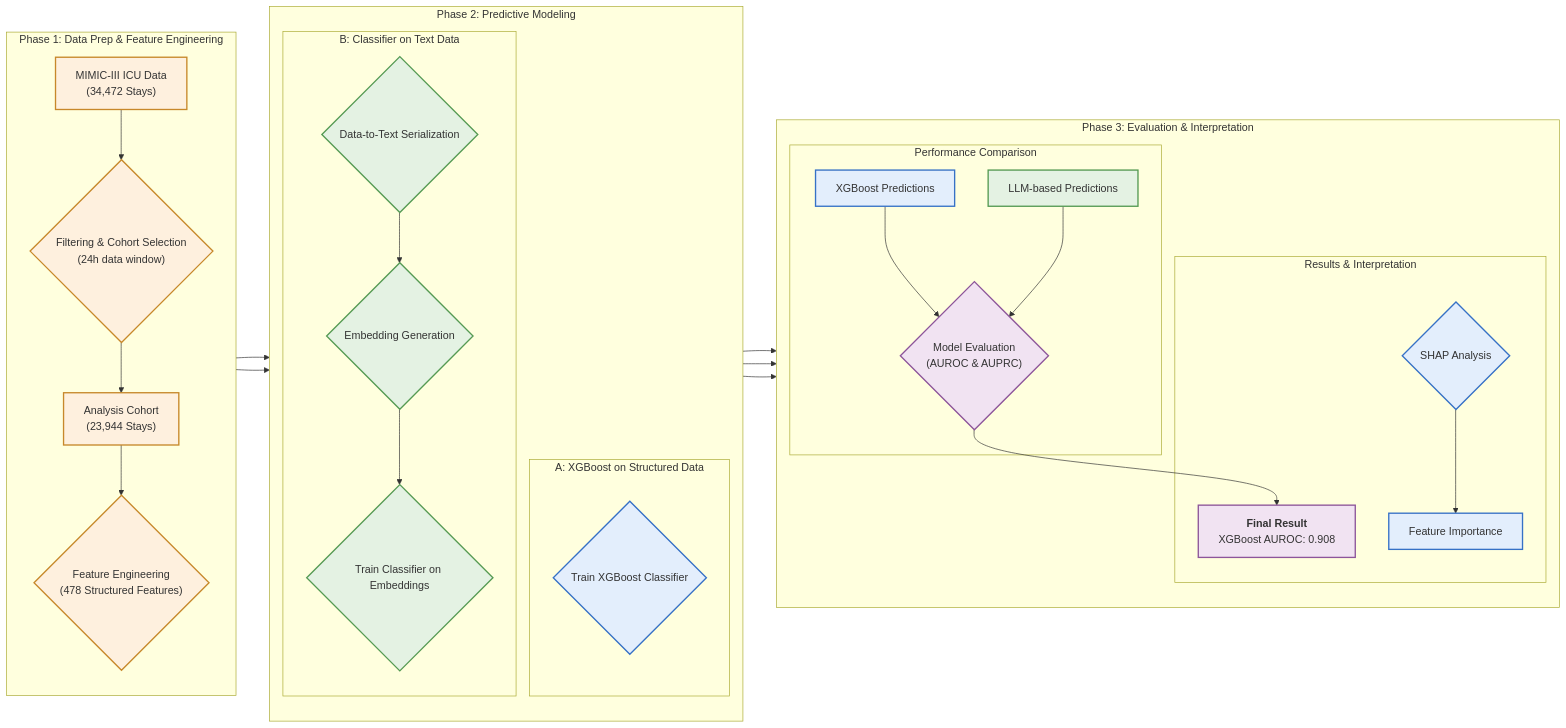
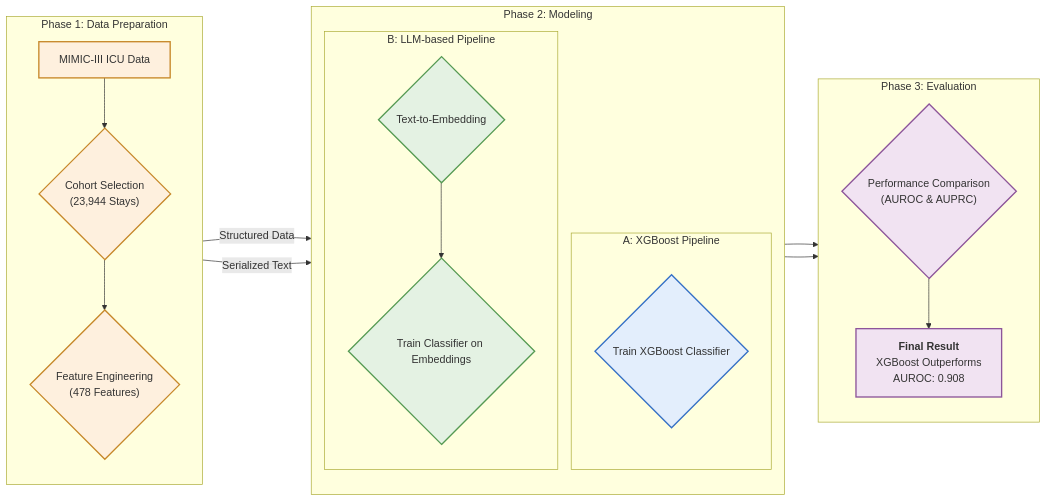
Before and after one commit to Tensor-Lab-for-Computational-Medicine/EHR-Embeddings: the diagram in manuscript_figures/workflow_diagram.md, drawn with Mermaid.

````diff
--- a/manuscript_figures/workflow_diagram.md
+++ b/manuscript_figures/workflow_diagram.md
@@ -7,50 +7,41 @@
 ```mermaid
 graph LR
-    %% Phase 1: Data Preparation & Feature Engineering
-    subgraph "Phase 1: Data Prep & Feature Engineering"
+    %% Phase 1: Data Preparation
+    subgraph "Phase 1: Data Preparation"
         direction TB
-        A["MIMIC-III ICU Data<br>(34,472 Stays)"] --> B{"Filtering & Cohort Selection<br>(24h data window)"};
-        B --> C["Analysis Cohort<br>(23,944 Stays)"];
-        C --> D{"Feature Engineering<br>(478 Structured Features)"};
+        A["MIMIC-III ICU Data"] --> B{"Cohort Selection<br>(23,944 Stays)"};
+        B --> C{"Feature Engineering<br>(478 Features)"};
     end
 
     %% Phase 2: Modeling Pipelines
-    subgraph "Phase 2: Predictive Modeling"
+    subgraph "Phase 2: Modeling"
         direction TB
-        subgraph "A: XGBoost on Structured Data"
-            D --> E{"Train XGBoost Classifier"};
+        
+        subgraph "A: XGBoost Pipeline"
+            C -- Structured Data --> D{"Train XGBoost Classifier"};
         end
 
-        subgraph "B: Classifier on Text Data"
-            D --> F{Data-to-Text Serialization};
-            F --> G{Embedding Generation};
-            G --> H{"Train Classifier on Embeddings"};
+        subgraph "B: LLM-based Pipeline"
+            C -- Serialized Text --> E{Text-to-Embedding};
+            E --> F{"Train Classifier on Embeddings"};
         end
     end
 
-    %% Phase 3: Evaluation & Interpretation
-    subgraph "Phase 3: Evaluation & Interpretation"
+    %% Phase 3: Evaluation
+    subgraph "Phase 3: Evaluation"
         direction TB
-        subgraph "Performance Comparison"
-            E --> I[XGBoost Predictions];
-            H --> J[LLM-based Predictions];
-            I & J --> K{"Model Evaluation<br>(AUROC & AUPRC)"};
-        end
-        subgraph "Results & Interpretation"
-            K --> L["<b>Final Result</b><br>XGBoost AUROC: 0.908"];
-            E --> M{"SHAP Analysis"};
-            M --> N[Feature Importance];
-        end
+        D & F --> G{"Performance Comparison<br>(AUROC & AUPRC)"};
+        G --> H["<b>Final Result</b><br>XGBoost Outperforms<br>AUROC: 0.908"];
     end
 
     %% Styling
     classDef data fill:#fef0de,stroke:#c7882a,stroke-width:2px;
     classDef model fill:#e3eefc,stroke:#3671c6,stroke-width:2px;
     classDef llm fill:#e4f2e3,stroke:#559a53,stroke-width:2px;
     classDef eval fill:#f1e3f2,stroke:#8d559a,stroke-width:2px;
 
-    class A,B,C,D data;
-    class E,I,M,N model;
-    class F,G,H,J llm;
-    class K,L eval;
+    class A,B,C data;
+    class D model;
+    class E,F llm;
+    class G,H eval;
 ```
````
